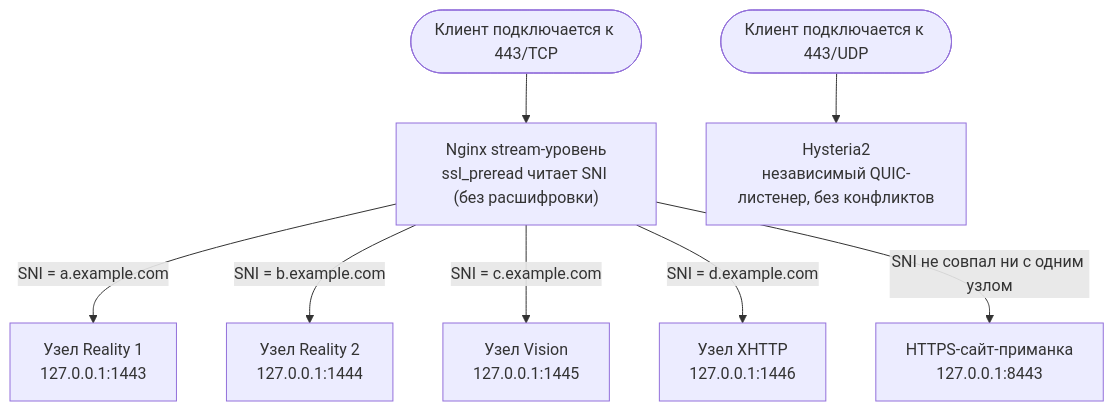
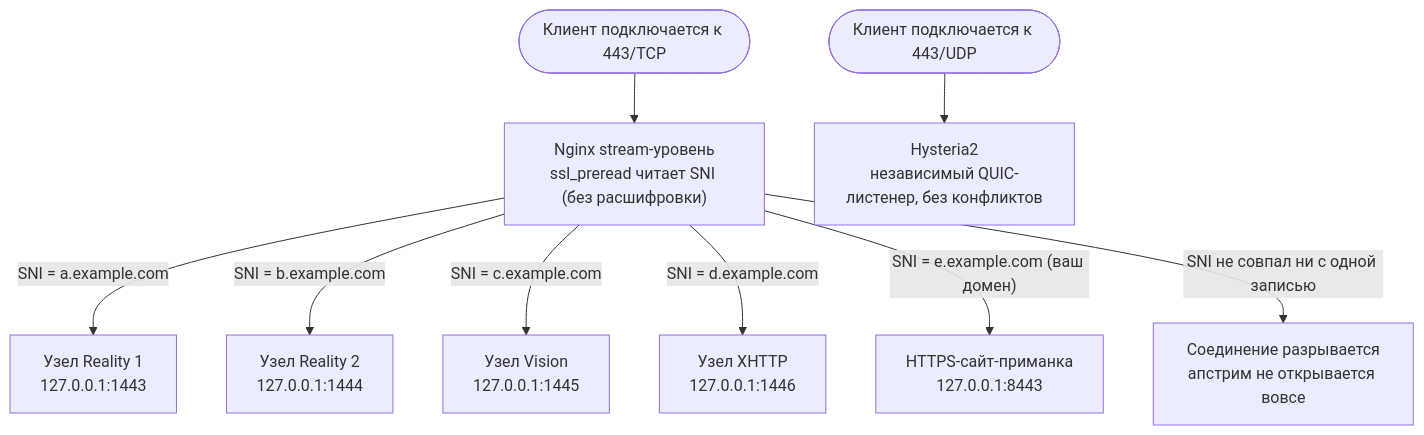
Before and after one commit to jinqians/proxy-stack: the diagram in README_RU.md, drawn with Mermaid. The commit also changed other lines of this file and 3 other files, not shown here.

````diff
--- a/README_RU.md
+++ b/README_RU.md
@@ -64,12 +64,13 @@
 ```mermaid
 flowchart TD
     A(["Клиент подключается к 443/TCP"]) --> B["Nginx stream-уровень<br/>ssl_preread читает SNI (без расшифровки)"]
 
     B -->|"SNI = a.example.com"| C1["Узел Reality 1<br/>127.0.0.1:1443"]
     B -->|"SNI = b.example.com"| C2["Узел Reality 2<br/>127.0.0.1:1444"]
     B -->|"SNI = c.example.com"| D["Узел Vision<br/>127.0.0.1:1445"]
     B -->|"SNI = d.example.com"| E["Узел XHTTP<br/>127.0.0.1:1446"]
-    B -->|"SNI не совпал ни с одним узлом"| F["HTTPS-сайт-приманка<br/>127.0.0.1:8443"]
+    B -->|"SNI = e.example.com (ваш домен)"| F["HTTPS-сайт-приманка<br/>127.0.0.1:8443"]
+    B -->|"SNI не совпал ни с одной записью"| X["Соединение разрывается<br/>апстрим не открывается вовсе"]
 
     G(["Клиент подключается к 443/UDP"]) --> H["Hysteria2<br/>независимый QUIC-листенер, без конфликтов"]
 ```
````
